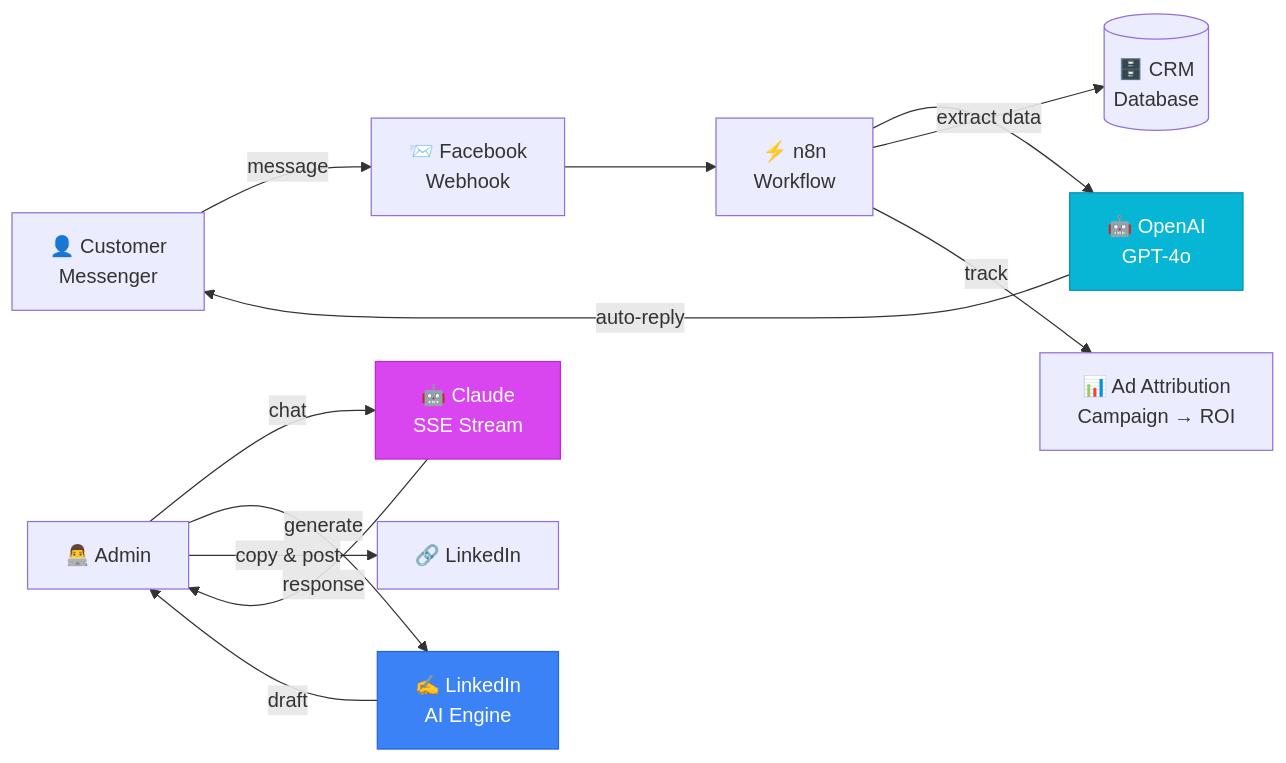
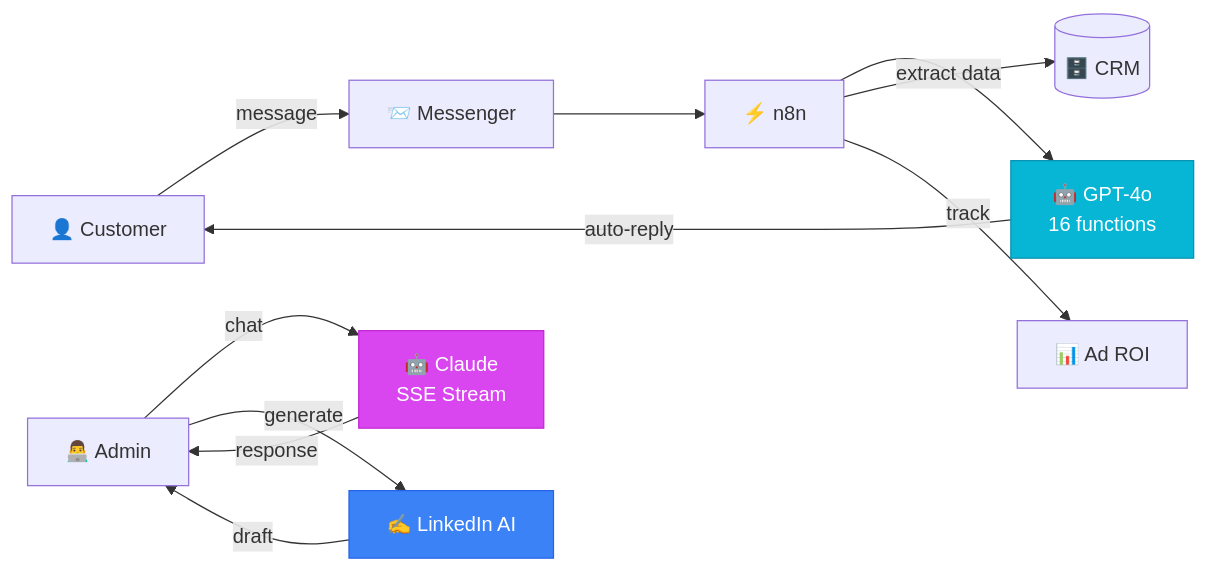
Before and after one commit to chananpr/hatcleanfix: the second of 2 diagrams in README.md, drawn with Mermaid. The commit also changed other lines of this file, not shown here.

````diff
--- a/README.md
+++ b/README.md
@@ -67,20 +139,18 @@
 ```mermaid
 flowchart LR
-    A["👤 Customer<br/>Messenger"] -->|message| B["📨 Facebook<br/>Webhook"]
-    B --> C["⚡ n8n<br/>Workflow"]
-    C --> D["🤖 OpenAI<br/>GPT-4o"]
+    A["👤 Customer"] -->|message| B["📨 Messenger"]
+    B --> C["⚡ n8n"]
+    C --> D["🤖 GPT-4o<br/>16 functions"]
     D -->|auto-reply| A
-    C -->|extract data| E[("🗄️ CRM<br/>Database")]
-    C -->|track| F["📊 Ad Attribution<br/>Campaign → ROI"]
+    C -->|extract data| E[("🗄️ CRM")]
+    C -->|track| F["📊 Ad ROI"]
 
     G["👨‍💻 Admin"] -->|chat| H["🤖 Claude<br/>SSE Stream"]
     H -->|response| G
-
-    G -->|generate| I["✍️ LinkedIn<br/>AI Engine"]
+    G -->|generate| I["✍️ LinkedIn AI"]
     I -->|draft| G
-    G -->|copy & post| J["🔗 LinkedIn"]
 
     style D fill:#06b6d4,stroke:#0891b2,color:#fff
     style H fill:#d946ef,stroke:#c026d3,color:#fff
     style I fill:#3b82f6,stroke:#2563eb,color:#fff
 ```
````
